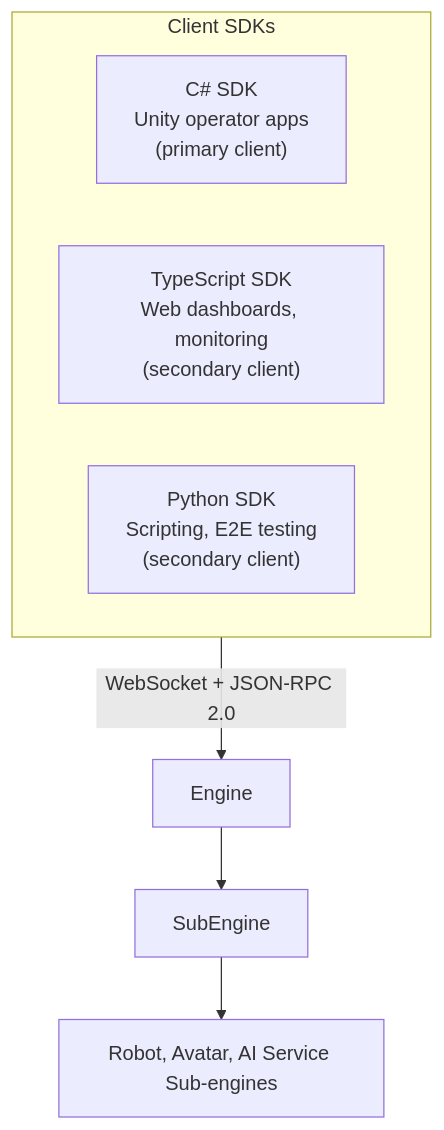
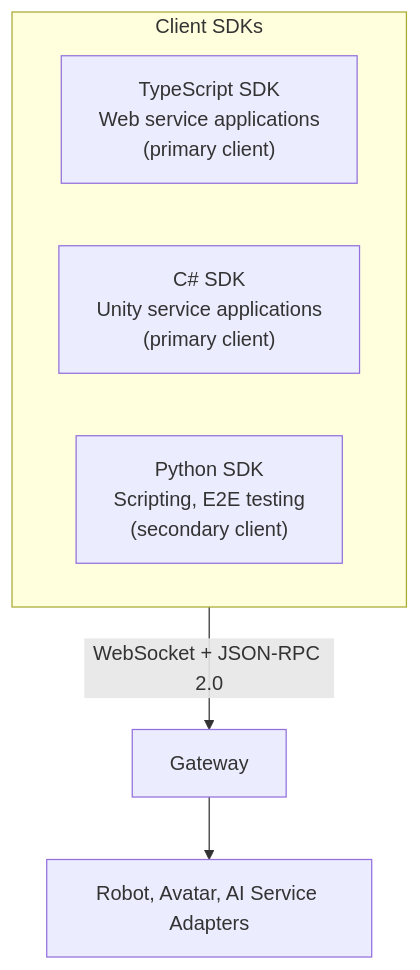
Before and after one commit to openrois/openrois: the eighth of 18 diagrams in docs/white-paper.md, drawn with Mermaid. The commit also changed other lines of this file and 7 other files, not shown here.

First line of the commit message:
docs: rewrite architecture, roadmap, and white paper to recursive engine model

````diff
--- a/docs/white-paper.md
+++ b/docs/white-paper.md
@@ -499,13 +637,12 @@
 ```mermaid
 flowchart TB
     subgraph SDKs["Client SDKs"]
         direction LR
-        CSharp["C# SDK<br/>Unity operator apps<br/>(primary client)"]
-        TS["TypeScript SDK<br/>Web dashboards, monitoring<br/>(secondary client)"]
+        TS["TypeScript SDK<br/>Web service applications<br/>(primary client)"]
+        CSharp["C# SDK<br/>Unity service applications<br/>(primary client)"]
         Py["Python SDK<br/>Scripting, E2E testing<br/>(secondary client)"]
     end
 
-    SDKs -->|"WebSocket + JSON-RPC 2.0"| Engine["Engine"]
-    Engine --> SubEngine["SubEngine"]
-    SubEngine --> SubEngines["Robot, Avatar, AI Service Sub-engines"]
+    SDKs -->|"WebSocket + JSON-RPC 2.0"| Gateway["Gateway"]
+    Gateway --> Adapters["Robot, Avatar, AI Service Adapters"]
 ```
````
